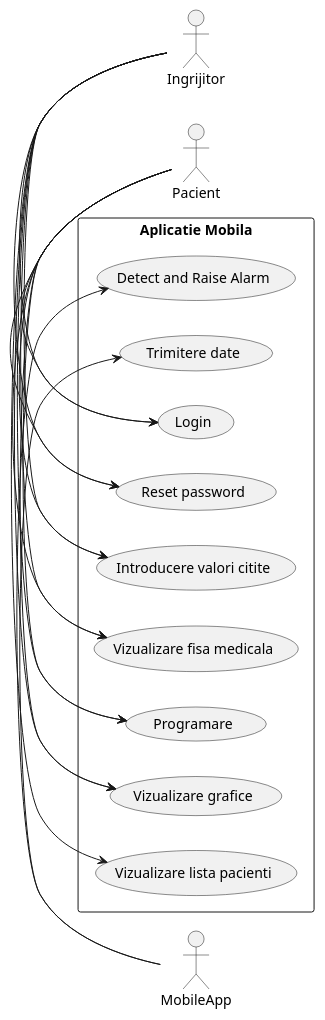
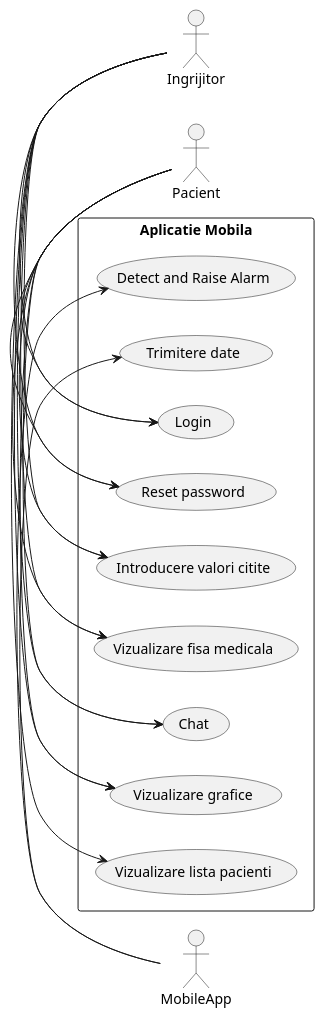
The diagram in UC/MobileApp/MobileApp.plantuml (BVasi/ProiectIP), drawn with PlantUML before and after one commit. The commit also changed 7 other files, not shown here.

Commit message:
Added Sequence Diagrams

```diff
--- a/UC/MobileApp/MobileApp.plantuml
+++ b/UC/MobileApp/MobileApp.plantuml
@@ -1,30 +1,30 @@
 @startuml MobileAppUCs
 
 left to right direction
 
 actor "MobileApp" as MobileApp
 actor "Pacient" as Pacient
 actor "Ingrijitor" as Ingrijitor
 
 rectangle "Aplicatie Mobila" {
     MobileApp -> (Detect and Raise Alarm)
     MobileApp -> (Trimitere date)
 
     Pacient -left-> (Login)
     Pacient -left-> (Reset password)
     Pacient -left-> (Introducere valori citite)
     Pacient -left-> (Vizualizare fisa medicala)
-    Pacient -left-> (Programare)
+    Pacient -left-> (Chat)
     Pacient -left-> (Vizualizare grafice)
 
     Ingrijitor -right-> (Login)
     Ingrijitor -right-> (Reset password)
     Ingrijitor -right-> (Vizualizare lista pacienti)
     Ingrijitor -right-> (Introducere valori citite)
     Ingrijitor -right-> (Vizualizare fisa medicala)
-    Ingrijitor -right-> (Programare)
+    Ingrijitor -right-> (Chat)
     Ingrijitor -right-> (Vizualizare grafice)
 
 }
 
 @enduml
```
